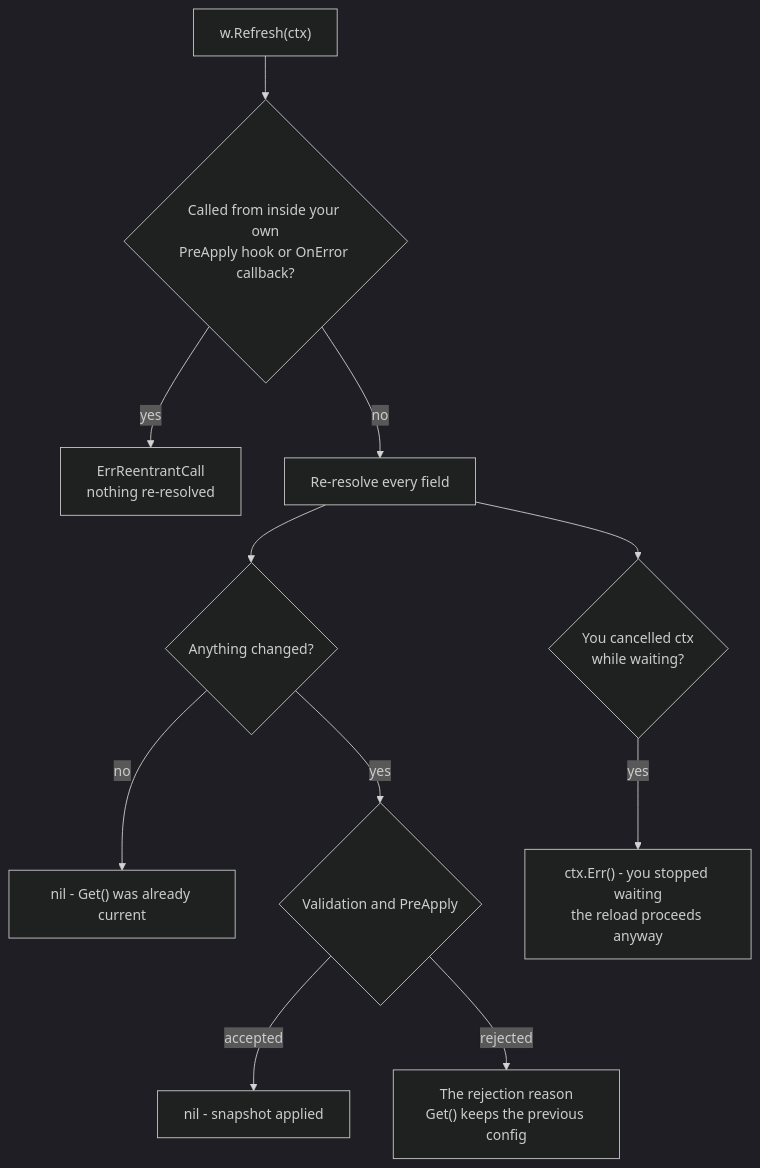
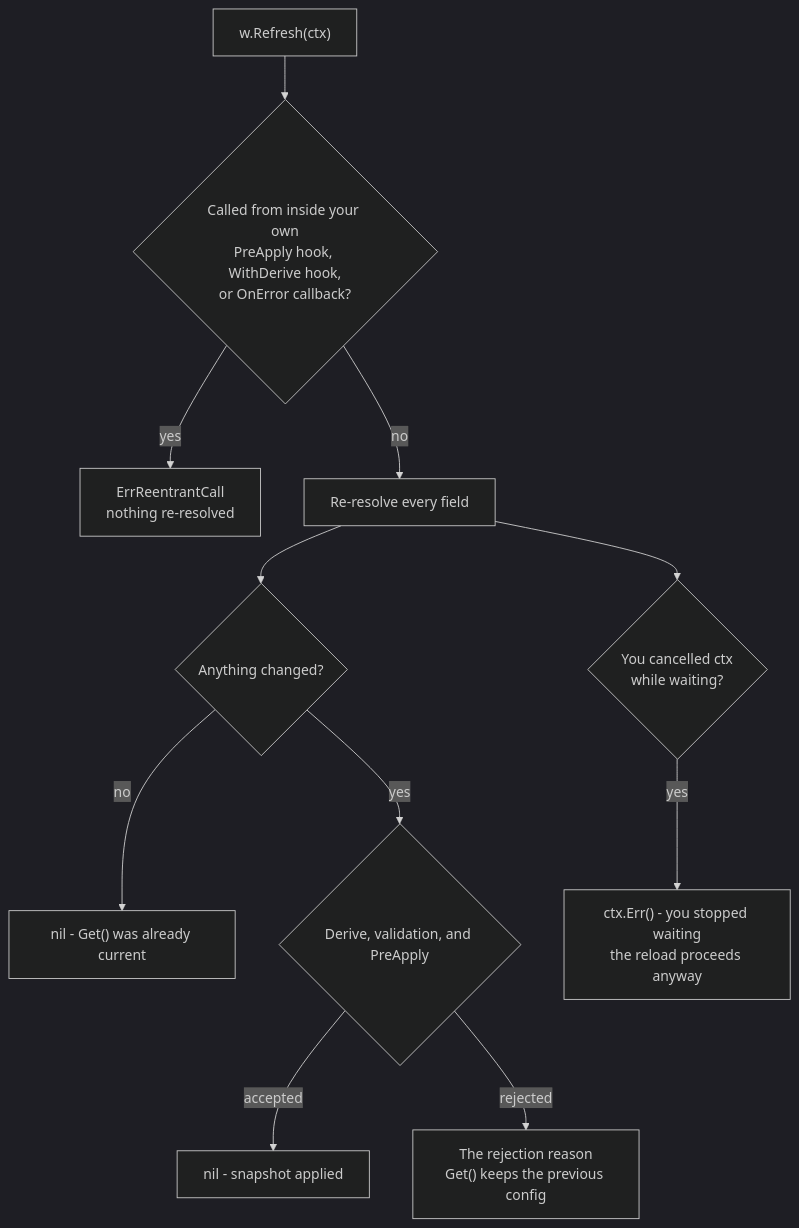
The first of 2 diagrams in site/src/pages/docs/usage/refresh.md (xavidop/mamori), drawn with Mermaid (dark theme) before and after one commit. The commit also changed 9 other files, not shown here.

````diff
--- a/site/src/pages/docs/usage/refresh.md
+++ b/site/src/pages/docs/usage/refresh.md
@@ -36,13 +36,13 @@
 ```mermaid
 flowchart TD
-  R["w.Refresh(ctx)"] --> Q{"Called from inside your own<br/>PreApply hook or OnError callback?"}
+  R["w.Refresh(ctx)"] --> Q{"Called from inside your own<br/>PreApply hook, WithDerive hook,<br/>or OnError callback?"}
   Q -->|yes| RE["ErrReentrantCall<br/>nothing re-resolved"]
   Q -->|no| W["Re-resolve every field"]
   W --> C{"Anything changed?"}
   C -->|no| NIL["nil - Get() was already current"]
-  C -->|yes| G{"Validation and PreApply"}
+  C -->|yes| G{"Derive, validation, and PreApply"}
   G -->|accepted| OK["nil - snapshot applied"]
   G -->|rejected| REJ["The rejection reason<br/>Get() keeps the previous config"]
   W --> X{"You cancelled ctx<br/>while waiting?"}
   X -->|yes| CE["ctx.Err() - you stopped waiting<br/>the reload proceeds anyway"]
 ```
````
